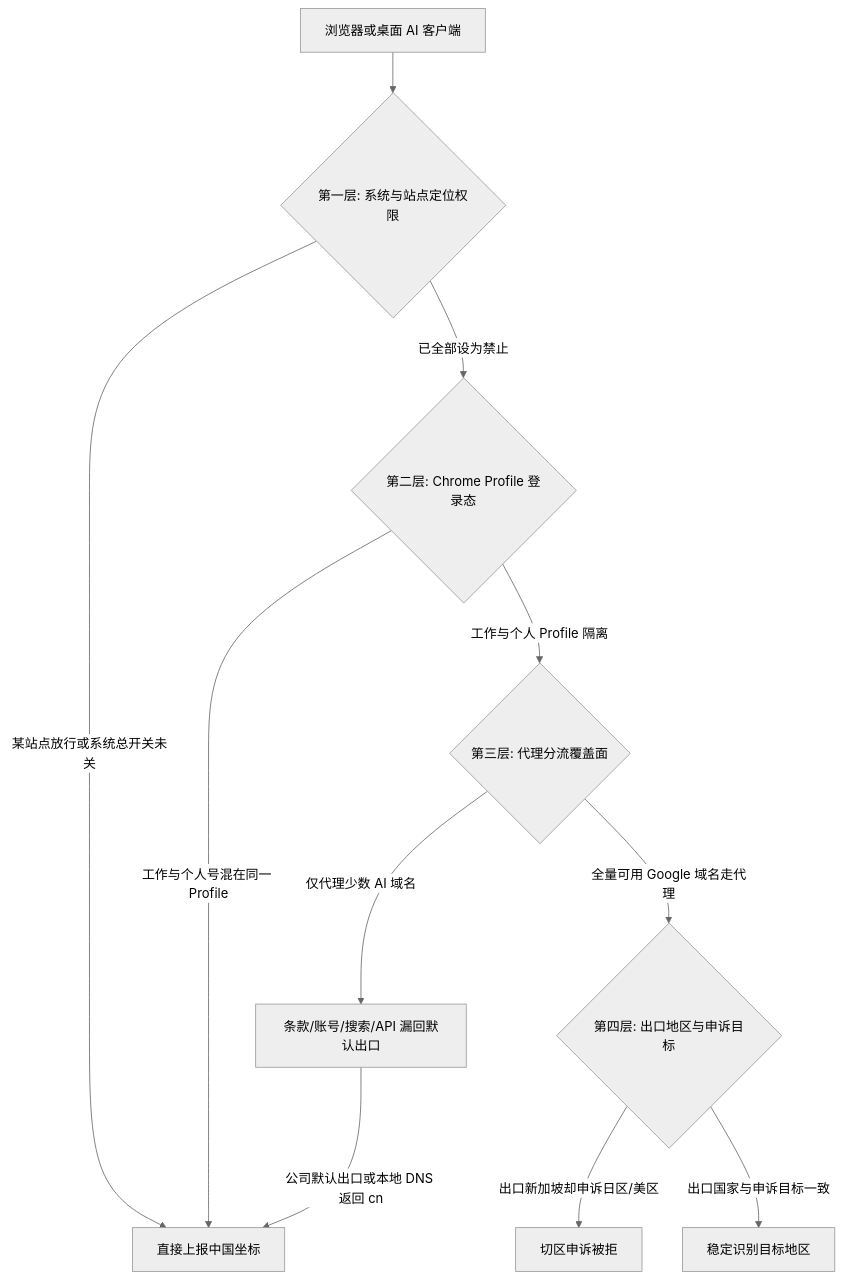
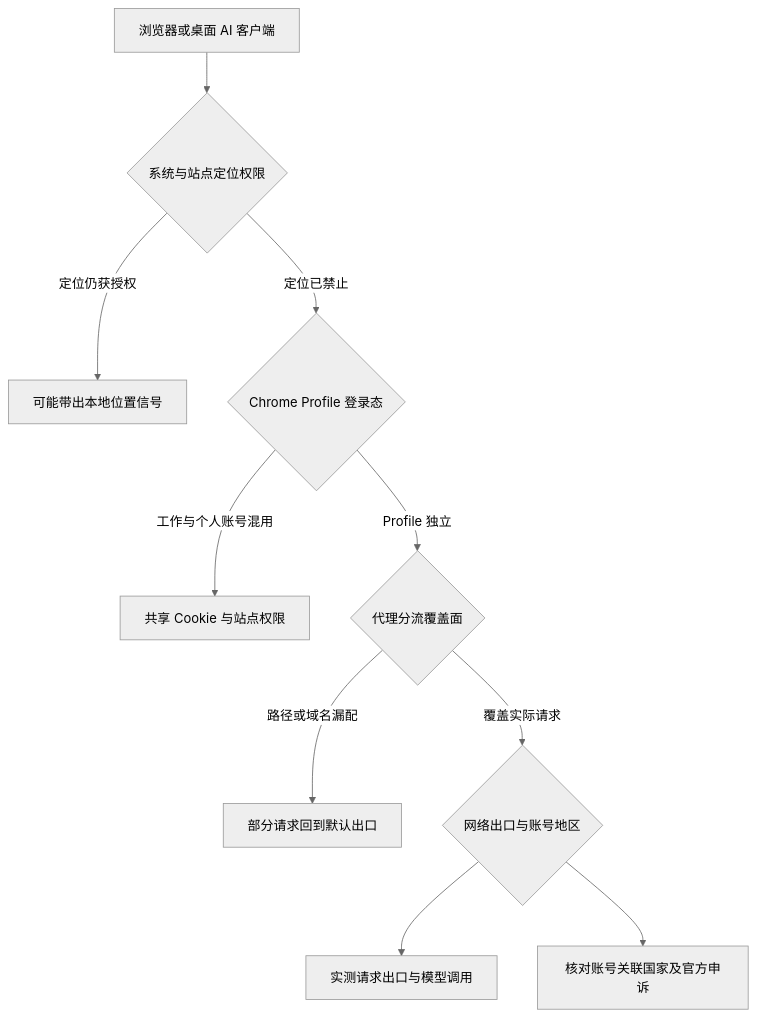
One commit to Job-Yang/Job-Yang.github.io changed the diagram in src/content/posts/google-region-clean-split-tunnel-macos.md. Above: the diagram before and after it, drawn with Mermaid (neutral theme). The commit also changed other lines of this file and 5 other files, not shown here.

````diff
--- a/src/content/posts/google-region-clean-split-tunnel-macos.md
+++ b/src/content/posts/google-region-clean-split-tunnel-macos.md
@@ -18,13 +18,12 @@
 ```mermaid
 flowchart TD
-    A[浏览器或桌面 AI 客户端] --> B{第一层: 系统与站点定位权限}
-    B -->|某站点放行或系统总开关未关| CN[直接上报中国坐标]
-    B -->|已全部设为禁止| C{第二层: Chrome Profile 登录态}
-    C -->|工作与个人号混在同一 Profile| CN
-    C -->|工作与个人 Profile 隔离| D{第三层: 代理分流覆盖面}
-    D -->|仅代理少数 AI 域名| E[条款/账号/搜索/API 漏回默认出口]
-    E -->|公司默认出口或本地 DNS 返回 cn| CN
-    D -->|全量可用 Google 域名走代理| F{第四层: 出口地区与申诉目标}
-    F -->|出口新加坡却申诉日区/美区| REJ[切区申诉被拒]
-    F -->|出口国家与申诉目标一致| OK[稳定识别目标地区]
+    A[浏览器或桌面 AI 客户端] --> B{系统与站点定位权限}
+    B -->|定位仍获授权| CN[可能带出本地位置信号]
+    B -->|定位已禁止| C{Chrome Profile 登录态}
+    C -->|工作与个人账号混用| MIX[共享 Cookie 与站点权限]
+    C -->|Profile 独立| D{代理分流覆盖面}
+    D -->|路径或域名漏配| LOCAL[部分请求回到默认出口]
+    D -->|覆盖实际请求| F{网络出口与账号地区}
+    F --> NET[实测请求出口与模型调用]
+    F --> ACCOUNT[核对账号关联国家及官方申诉]
 ```
````
